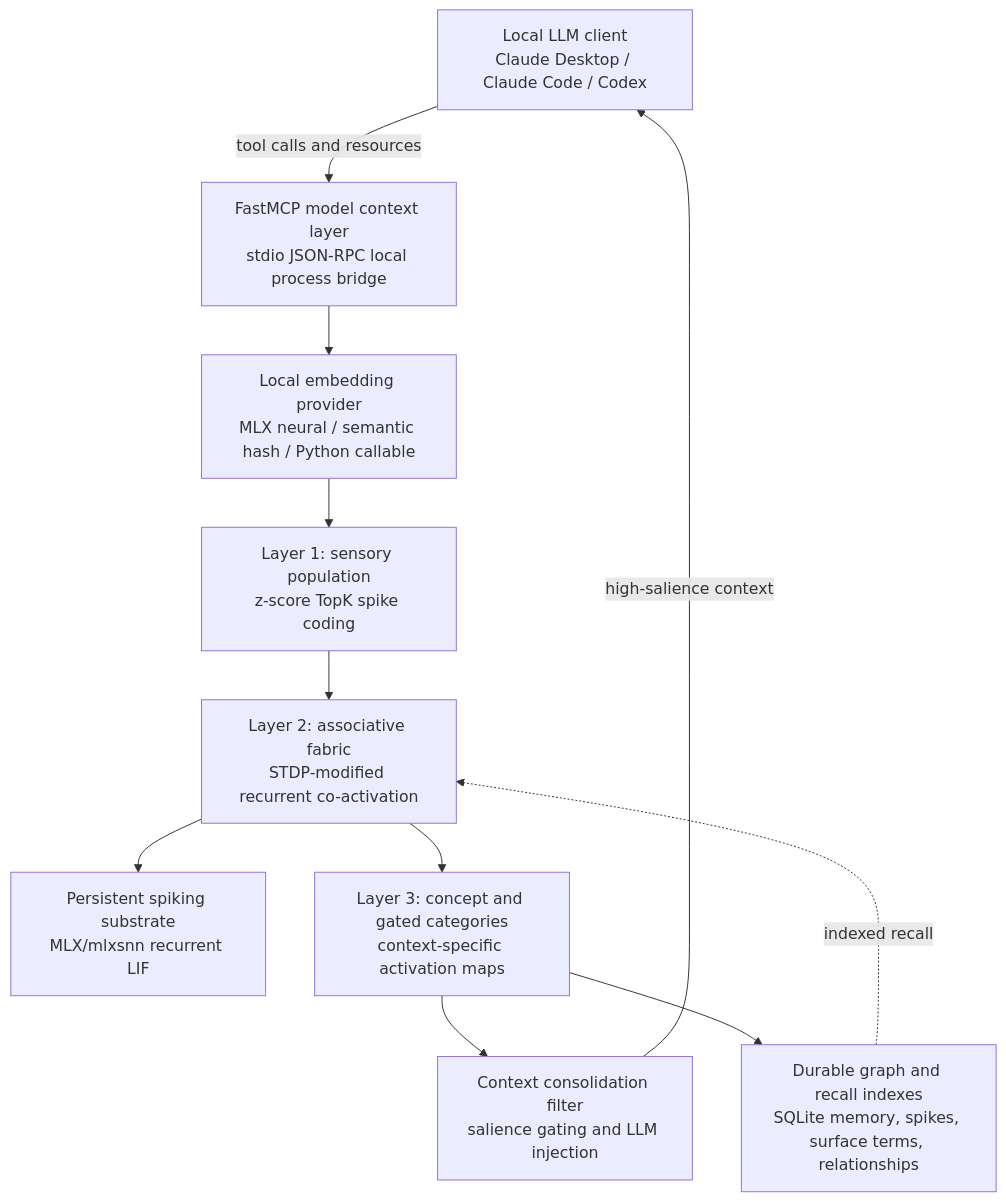
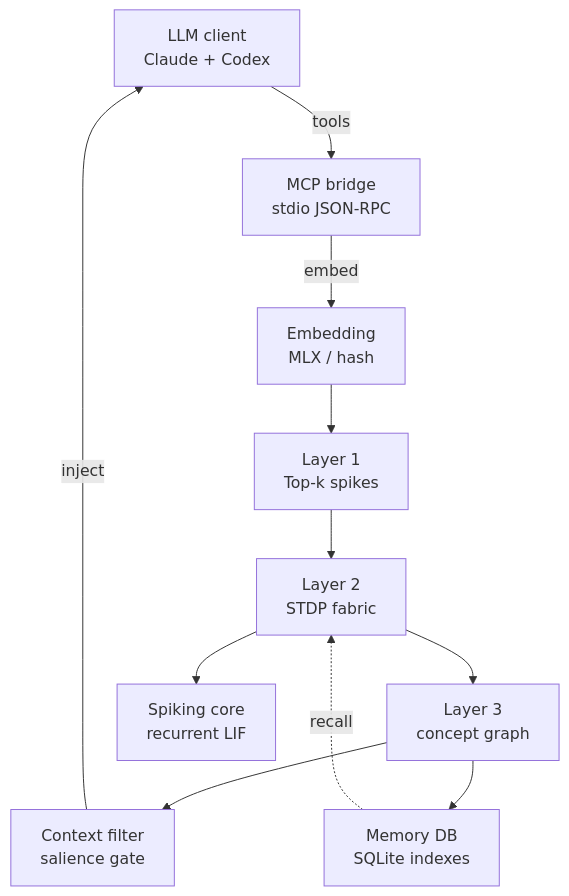
The first of 3 diagrams in docs/Neuromorphic-Attention-Plugin-Development-Plan.md (driverd12/SYNAPSE-S2), drawn with Mermaid before and after one commit. The commit also changed other lines of this file and 2 other files, not shown here.

Commit message:
Fix Mermaid docs and align math notation

````diff
--- a/docs/Neuromorphic-Attention-Plugin-Development-Plan.md
+++ b/docs/Neuromorphic-Attention-Plugin-Development-Plan.md
@@ -84,20 +94,21 @@
 ```mermaid
 flowchart TB
-  Client["Local LLM client<br/>Claude Desktop / Claude Code / Codex"]
-  Bridge["FastMCP model context layer<br/>stdio JSON-RPC local process bridge"]
-  Provider["Local embedding provider<br/>MLX neural / semantic hash / Python callable"]
-  Substrate["Persistent spiking substrate<br/>MLX/mlxsnn recurrent LIF"]
-  Sensory["Layer 1: sensory population<br/>z-score TopK spike coding"]
-  Associative["Layer 2: associative fabric<br/>STDP-modified recurrent co-activation"]
-  Concept["Layer 3: concept and gated categories<br/>context-specific activation maps"]
-  Filter["Context consolidation filter<br/>salience gating and LLM injection"]
-  Store["Durable graph and recall indexes<br/>SQLite memory, spikes, surface terms, relationships"]
+  Client["LLM client<br/>Claude + Codex"]
+  Bridge["MCP bridge<br/>stdio JSON-RPC"]
+  Provider["Embedding<br/>MLX / hash"]
+  Sensory["Layer 1<br/>Top-k spikes"]
+  Associative["Layer 2<br/>STDP fabric"]
+  Concept["Layer 3<br/>concept graph"]
+  Filter["Context filter<br/>salience gate"]
+  Store["Memory DB<br/>SQLite indexes"]
+  Substrate["Spiking core<br/>recurrent LIF"]
 
-  Client -->|"tool calls and resources"| Bridge
-  Bridge --> Provider --> Sensory
+  Client -->|"tools"| Bridge
+  Bridge -->|"embed"| Provider
+  Provider --> Sensory
   Sensory --> Associative --> Concept --> Filter
-  Filter -->|"high-salience context"| Client
+  Filter -->|"inject"| Client
   Associative --> Substrate
   Concept --> Store
-  Store -. "indexed recall" .-> Associative
+  Store -. "recall" .-> Associative
 ```
````
